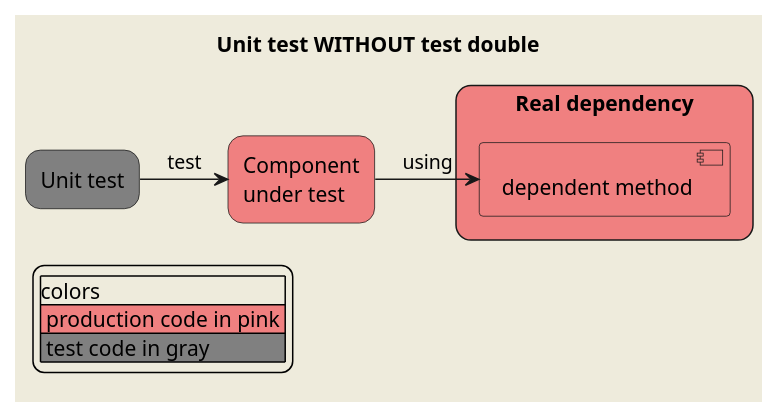
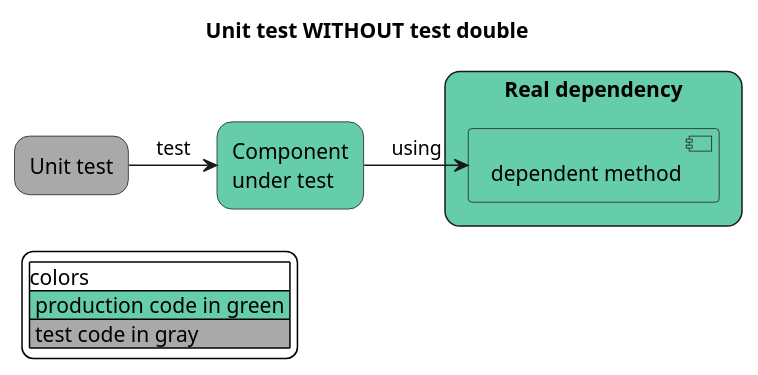
One commit to JulienRobberechts/nodejs-test-double-guide changed the diagram in readme-resources/test-double-before.puml. Above: the diagram before and after it, drawn with PlantUML. The commit also changed 7 other files, not shown here.

Commit message:
:pencil: diagrams colors

```diff
--- a/readme-resources/test-double-before.puml
+++ b/readme-resources/test-double-before.puml
@@ -2,29 +2,29 @@
 @startuml
-skinparam backgroundColor #EEEBDC
+skinparam backgroundColor White
 
 title
   Unit test WITHOUT test double
 end title
 
 skinparam rectangle {
     roundCorner 20
 }
 
-rectangle "Unit test" as UnitTest #gray
+rectangle "Unit test" as UnitTest #DarkGrey
 
-rectangle "Component\nunder test" as cut #LightCoral
+rectangle "Component\nunder test" as cut #MediumAquaMarine
 
-rectangle "Real dependency" as RealDependency #LightCoral {
-  component "dependent method" as RealDependencyMut #LightCoral
+rectangle "Real dependency" as RealDependency #MediumAquaMarine {
+  component "dependent method" as RealDependencyMut #MediumAquaMarine
 }
 
 UnitTest -> cut: test
 cut -> RealDependencyMut: using
 
 legend left
 |colors|
-|<#LightCoral> production code in pink |
-|<#gray> test code in gray |
+|<#MediumAquaMarine> production code in green |
+|<#DarkGrey> test code in gray |
 endlegend
 
 @enduml
```
